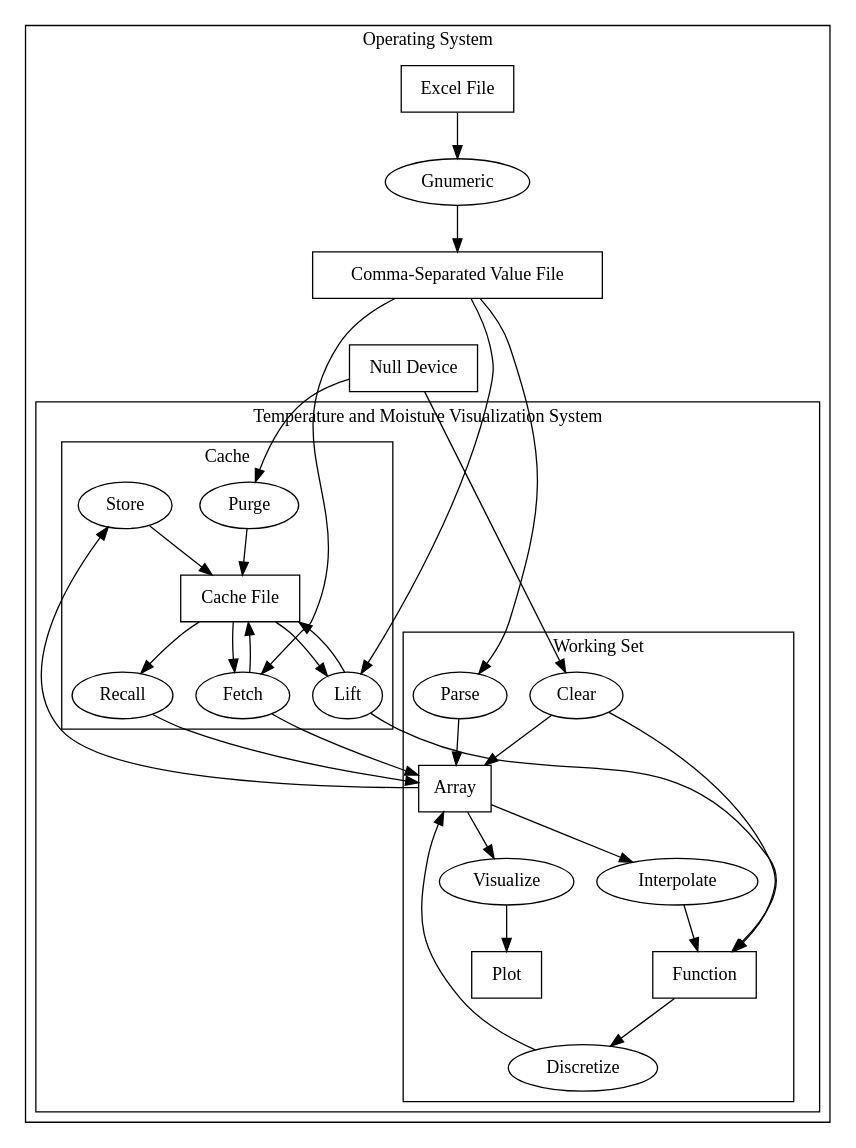
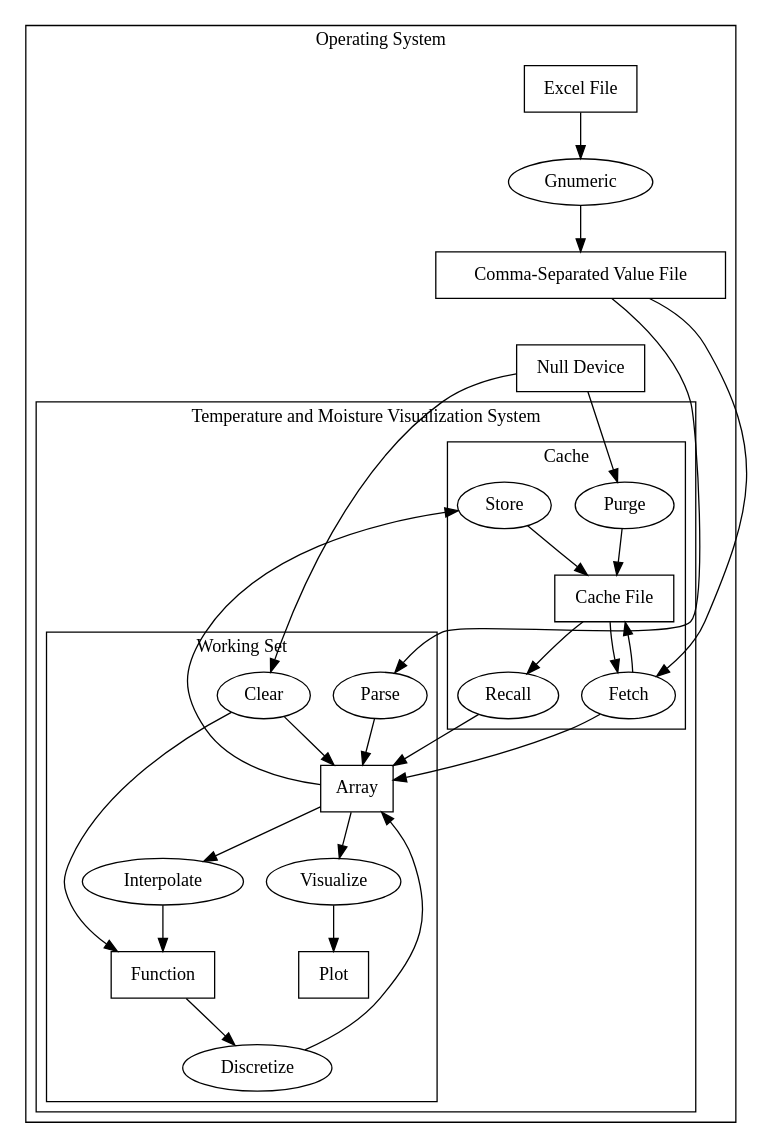
The diagram in data-flow.dot (Tuplanolla/tmvs), drawn with Graphviz before and after one commit. The commit also changed 2 other files, not shown here.

```diff
--- a/data-flow.dot
+++ b/data-flow.dot
@@ -1,65 +1,62 @@
 digraph {
   subgraph cluster_cace {
     label = "Operating System"
 
     node [shape = box]
     null [label = "Null Device"]
     xls [label = "Excel File"]
     csv [label = "Comma-Separated Value File"]
 
     node [shape = oval]
     gnumeric [label = "Gnumeric"]
 
     subgraph cluster_tmvs {
       label = "Temperature and Moisture Visualization System"
 
       subgraph cluster_ws {
         label = "Working Set"
 
         node [shape = box]
         array [label = "Array"]
         function [label = "Function"]
         plot [label = "Plot"]
 
         node [shape = oval]
         parse [label = "Parse"]
         interpolate [label = "Interpolate"]
         discretize [label = "Discretize"]
         visualize [label = "Visualize"]
         clear [label = "Clear"]
       }
 
       subgraph cluster_cache {
         label = "Cache"
 
         node [shape = box]
         cache [label = "Cache File"]
 
         node [shape = oval]
         fetch [label = "Fetch"]
-        lift [label = "Lift"]
         store [label = "Store"]
         recall [label = "Recall"]
         purge [label = "Purge"]
       }
     }
   }
 
   xls -> gnumeric -> csv
   csv -> parse -> array
   array -> interpolate -> function
   function -> discretize -> array
   array -> visualize -> plot
   null -> clear
   clear -> array
   clear -> function
   csv -> fetch -> array
   cache -> fetch -> cache
-  csv -> lift -> function
-  cache -> lift -> cache
   array -> store -> cache
   cache -> recall -> array
   null -> purge -> cache
 
   csv -> null [style = invis]
 }
```
